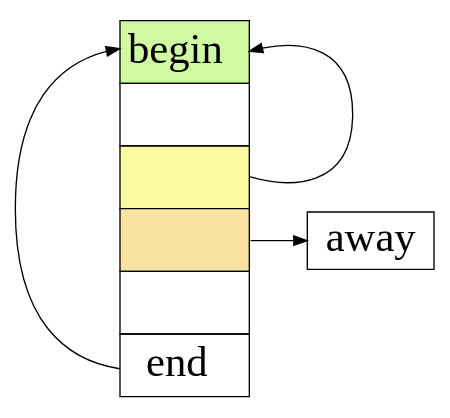
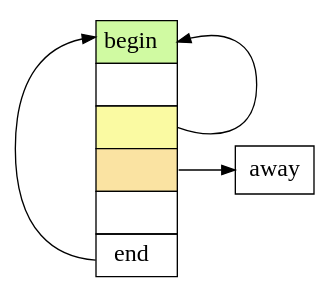
The diagram in images/loop.dot (shoorick/slide-python), drawn with Graphviz before and after one commit. The commit also changed 5 other files, not shown here.

```diff
--- a/images/loop.dot
+++ b/images/loop.dot
@@ -1,22 +1,22 @@
 digraph G {
     graph [ rankdir = LR, overlap=false ]
-    node [ shape=box, style=filled, fillcolor=white, fontname="PT Mono", fontsize=32 ]
+    node [ shape=box, style=filled, fillcolor=white, fontname="PT Mono", fontsize=18 ]
 
     loop [
         shape=none,
         label=<
             <table border="0" cellspacing="0" cellpadding="5">
                 <tr><td port="begin" border="1" bgcolor="#d0faa2">begin</td></tr>
                 <tr><td port="p1" border="1"> </td></tr>
                 <tr><td port="middle" border="1" bgcolor="#fafaa2"> </td></tr>
                 <tr><td port="exit" border="1" bgcolor="#fae3a2"> </td></tr>
-                <tr><td port="p4" border="1"> </td></tr>
+                <tr><td port="p4" border="1">         </td></tr>
                 <tr><td port="end" border="1">end</td></tr>
             </table>
         >
     ]
 
     loop:middle:e -> loop:begin:e
     loop:end    -> loop:begin
     loop:exit   -> "away"
 }
```
